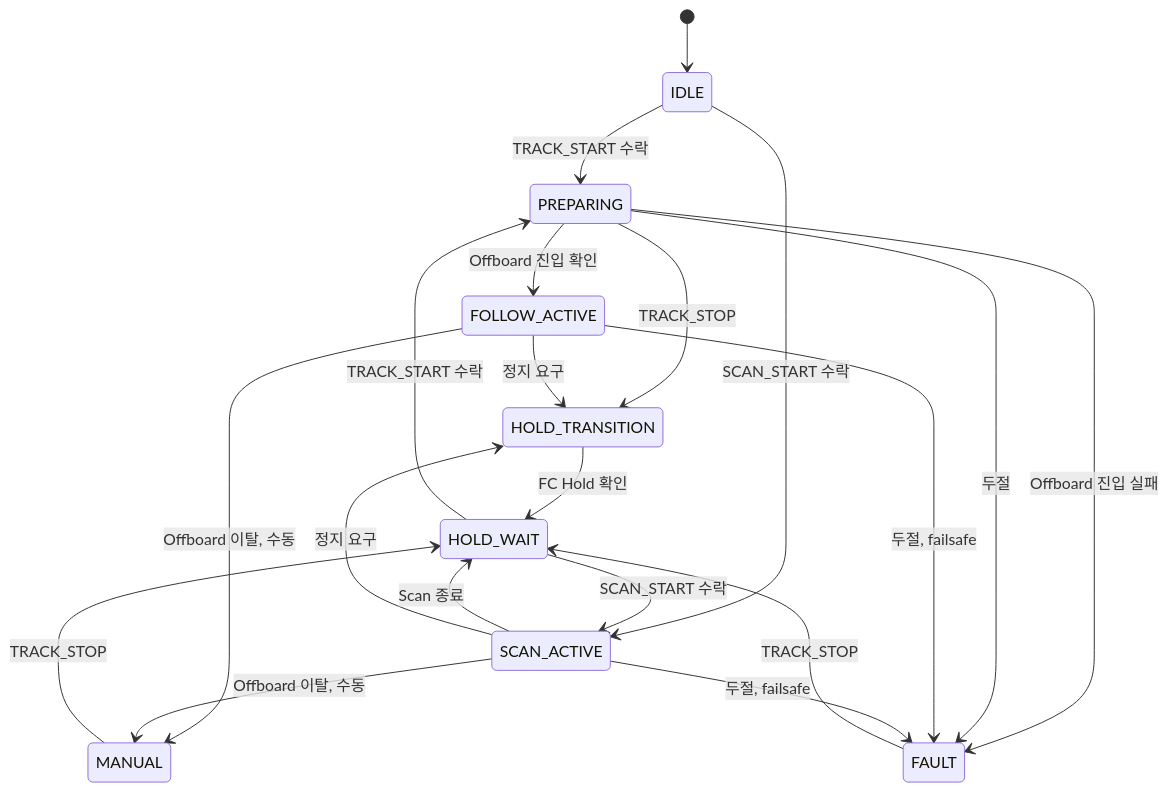
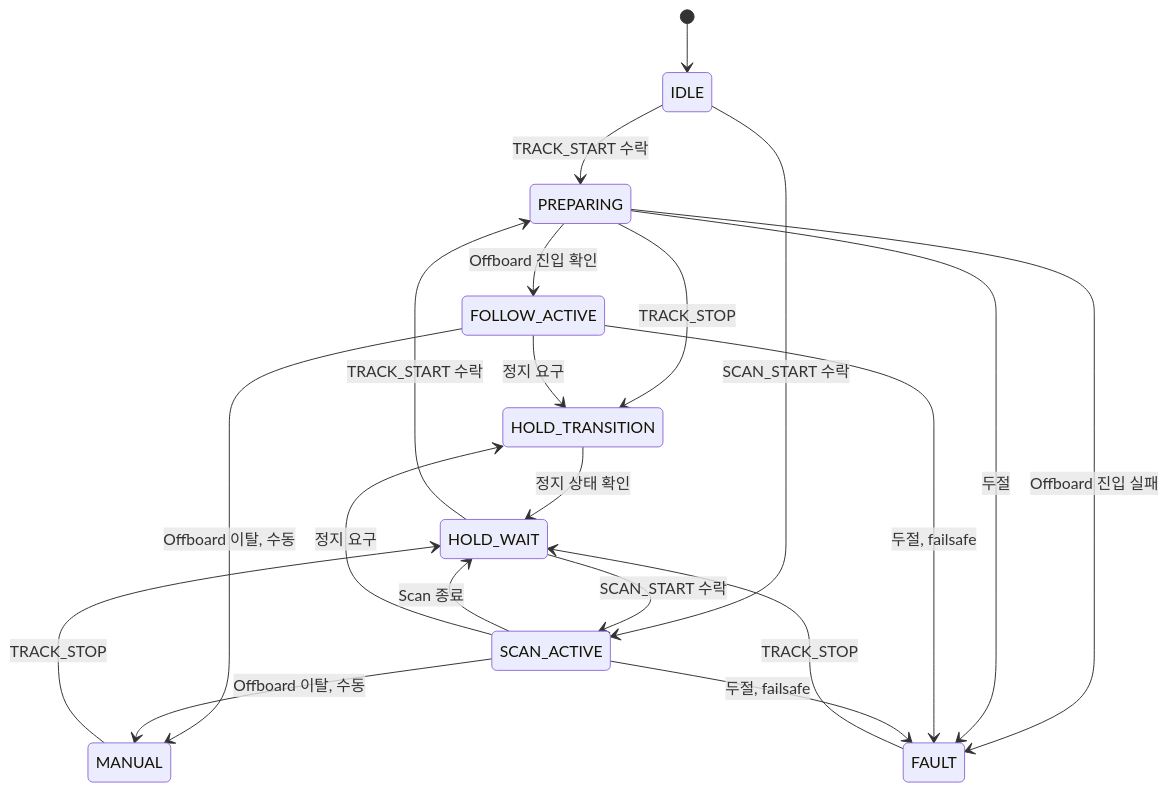
The first of 3 diagrams in docs/design/uml/state_machine.md (lig-argus/argus-edge-vision), drawn with Mermaid before and after one commit. The commit also changed other lines of this file and 38 other files, not shown here.

````diff
--- a/docs/design/uml/state_machine.md
+++ b/docs/design/uml/state_machine.md
@@ -11,22 +11,22 @@
 ```mermaid
 stateDiagram-v2
     [*] --> IDLE
     IDLE --> PREPARING : TRACK_START 수락
     HOLD_WAIT --> PREPARING : TRACK_START 수락
     PREPARING --> FOLLOW_ACTIVE : Offboard 진입 확인
     PREPARING --> FAULT : Offboard 진입 실패
     PREPARING --> HOLD_TRANSITION : TRACK_STOP
     IDLE --> SCAN_ACTIVE : SCAN_START 수락
     HOLD_WAIT --> SCAN_ACTIVE : SCAN_START 수락
     SCAN_ACTIVE --> HOLD_WAIT : Scan 종료
     FOLLOW_ACTIVE --> HOLD_TRANSITION : 정지 요구
     SCAN_ACTIVE --> HOLD_TRANSITION : 정지 요구
-    HOLD_TRANSITION --> HOLD_WAIT : FC Hold 확인
+    HOLD_TRANSITION --> HOLD_WAIT : 정지 상태 확인
     FOLLOW_ACTIVE --> MANUAL : Offboard 이탈, 수동
     SCAN_ACTIVE --> MANUAL : Offboard 이탈, 수동
     PREPARING --> FAULT : 두절
     FOLLOW_ACTIVE --> FAULT : 두절, failsafe
     SCAN_ACTIVE --> FAULT : 두절, failsafe
     MANUAL --> HOLD_WAIT : TRACK_STOP
     FAULT --> HOLD_WAIT : TRACK_STOP
 ```
````
